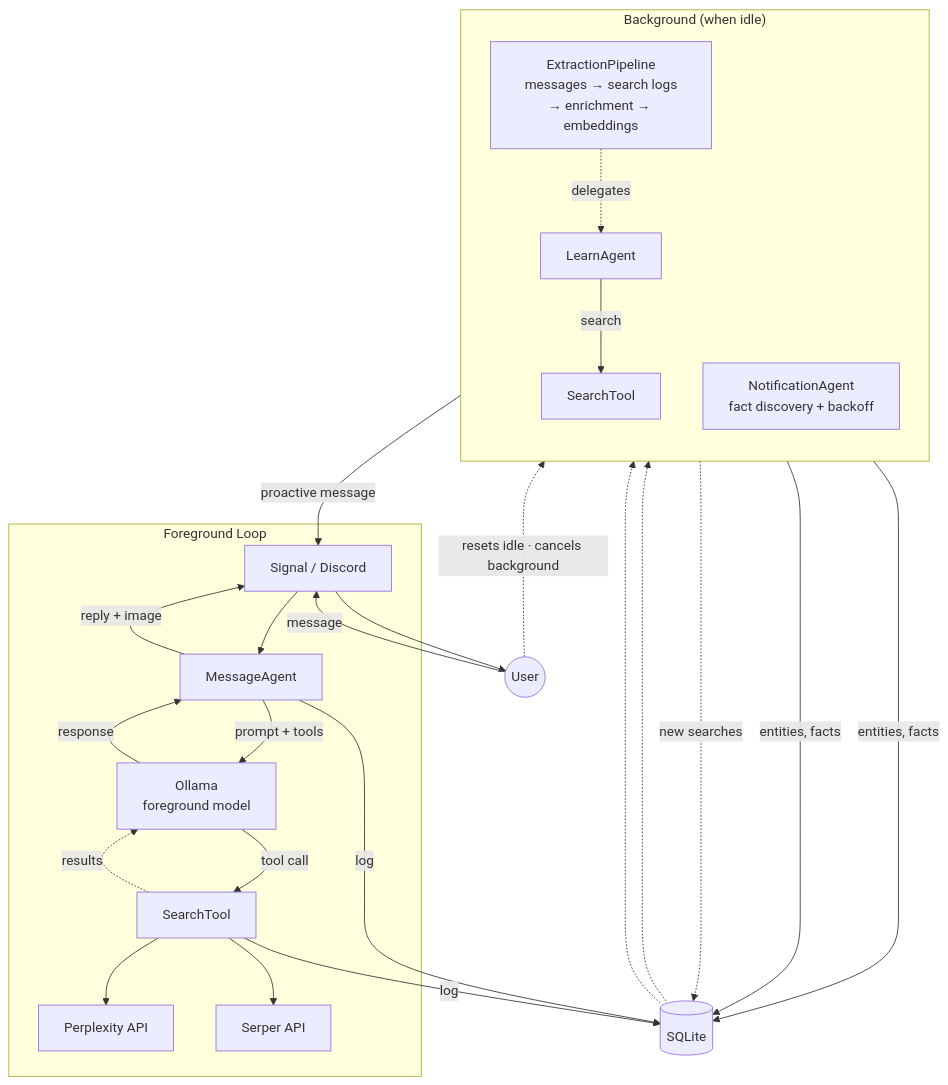
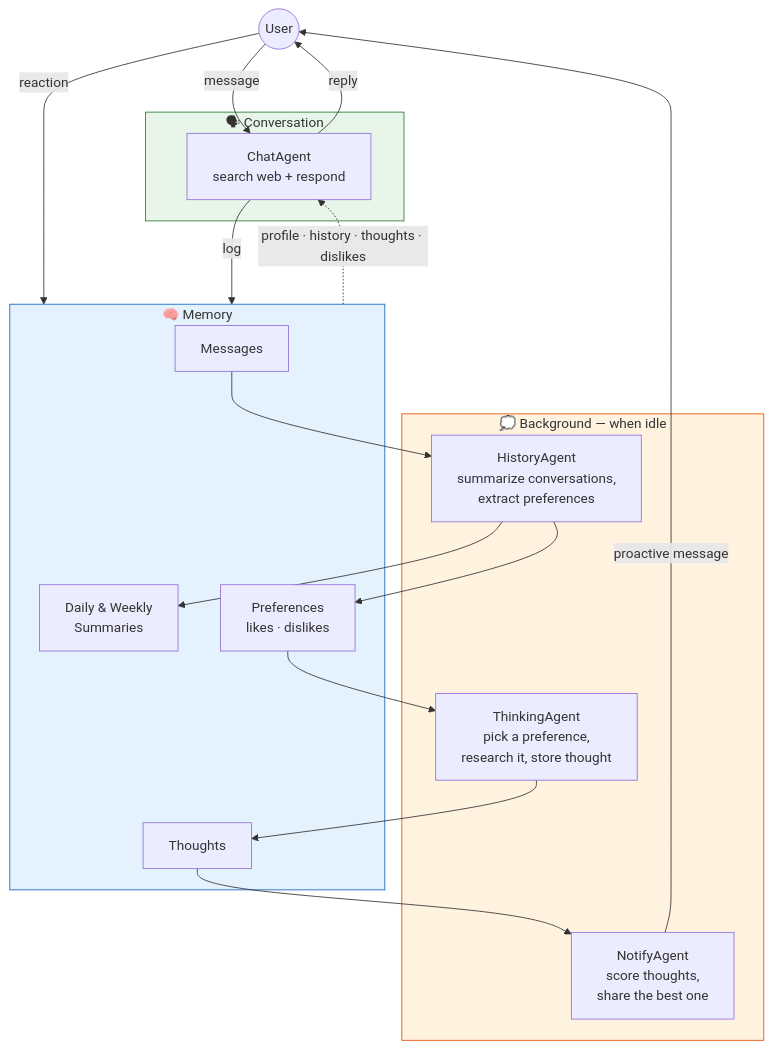
The diagram in README.md (jaredlockhart/penny), drawn with Mermaid before and after one commit. The commit also changed other lines of this file and 8 other files, not shown here.

First line of the commit message:
Audit docs and consolidate to single Ollama model (#824)

````diff
--- a/README.md
+++ b/README.md
@@ -75,32 +70,38 @@
 ```mermaid
-flowchart TD
-    User((User)) -->|message| Channel[Signal / Discord]
+flowchart TB
+    User((User)) -->|message| Chat
+    User -->|reaction| Memory
 
-    subgraph Foreground["Foreground Loop"]
-        Channel --> MA[MessageAgent]
-        MA -->|"prompt + tools"| FG["Ollama<br>foreground model"]
-        FG -->|tool call| Search[SearchTool]
-        Search --> Perplexity[Perplexity API]
-        Search --> Serper[Serper API]
-        Search -.->|results| FG
-        FG -->|response| MA
+    subgraph Conversation["🗣 Conversation"]
+        Chat[ChatAgent<br>search web + respond]
     end
 
-    MA -->|reply + image| Channel --> User
-    MA & Search -->|log| DB[(SQLite)]
+    Memory -.->|"profile · history · thoughts · dislikes"| Chat
+    Chat -->|reply| User
+    Chat -->|log| Memory
 
-    subgraph Background["Background (when idle)"]
-        direction TB
-        Extract["ExtractionPipeline<br>messages → search logs<br>→ enrichment → embeddings"]
-        Learn[LearnAgent] -->|search| Search2[SearchTool]
-        Extract -.->|delegates| Learn
-        Notify["NotificationAgent<br>fact discovery + backoff"]
+    subgraph Memory["🧠 Memory"]
+        Messages[Messages]
+        Summaries["Daily & Weekly<br>Summaries"]
+        Preferences["Preferences<br>likes · dislikes"]
+        Thoughts[Thoughts]
     end
 
-    DB -.-> Extract & Notify
-    Extract & Notify -->|entities, facts| DB
-    Notify -->|proactive message| Channel
-    Search2 -.->|new searches| DB
+    subgraph Background["💭 Background — when idle"]
+        History["HistoryAgent<br>summarize conversations,<br>extract preferences"]
+        Thinking["ThinkingAgent<br>pick a preference,<br>research it, store thought"]
+        Notify["NotifyAgent<br>score thoughts,<br>share the best one"]
+    end
 
-    User -.->|"resets idle · cancels background"| Background
+    Messages --> History
+    History --> Summaries
+    History --> Preferences
+    Preferences --> Thinking
+    Thinking --> Thoughts
+    Thoughts --> Notify
+    Notify -->|proactive message| User
+
+    style Conversation fill:#e8f5e9,stroke:#2e7d32
+    style Memory fill:#e3f2fd,stroke:#1565c0
+    style Background fill:#fff3e0,stroke:#e65100
 ```
````
